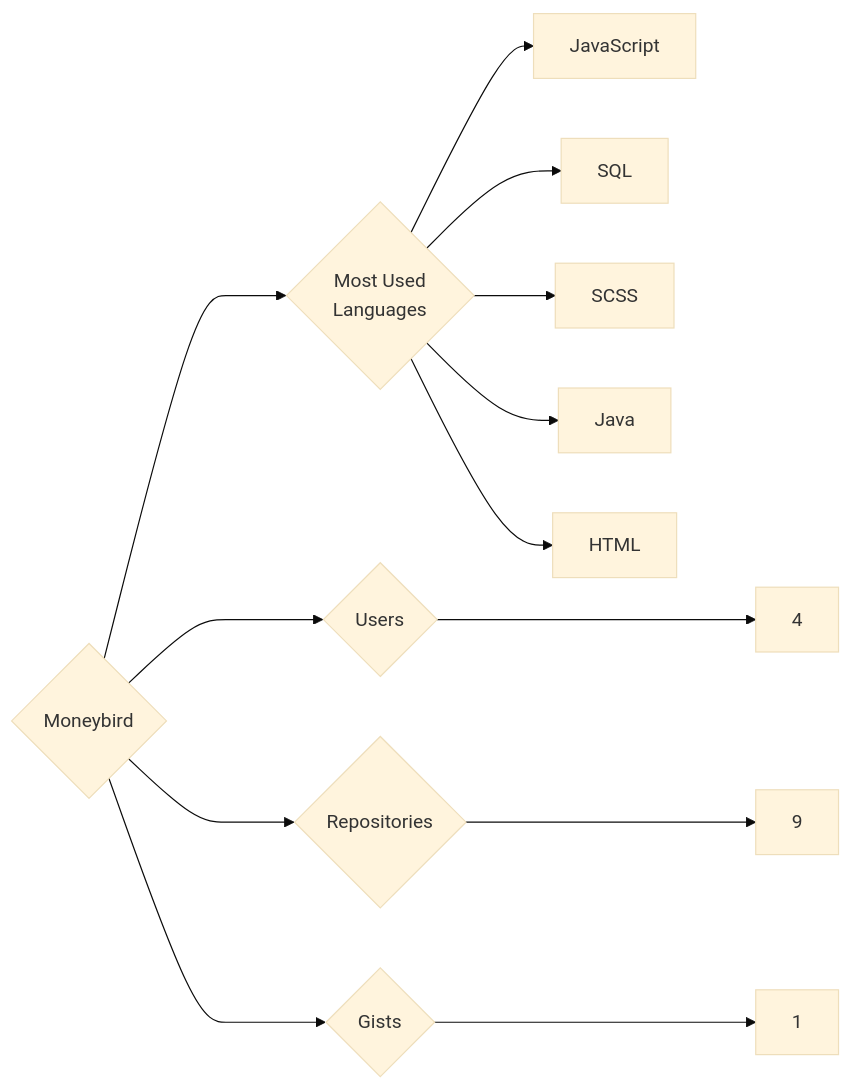
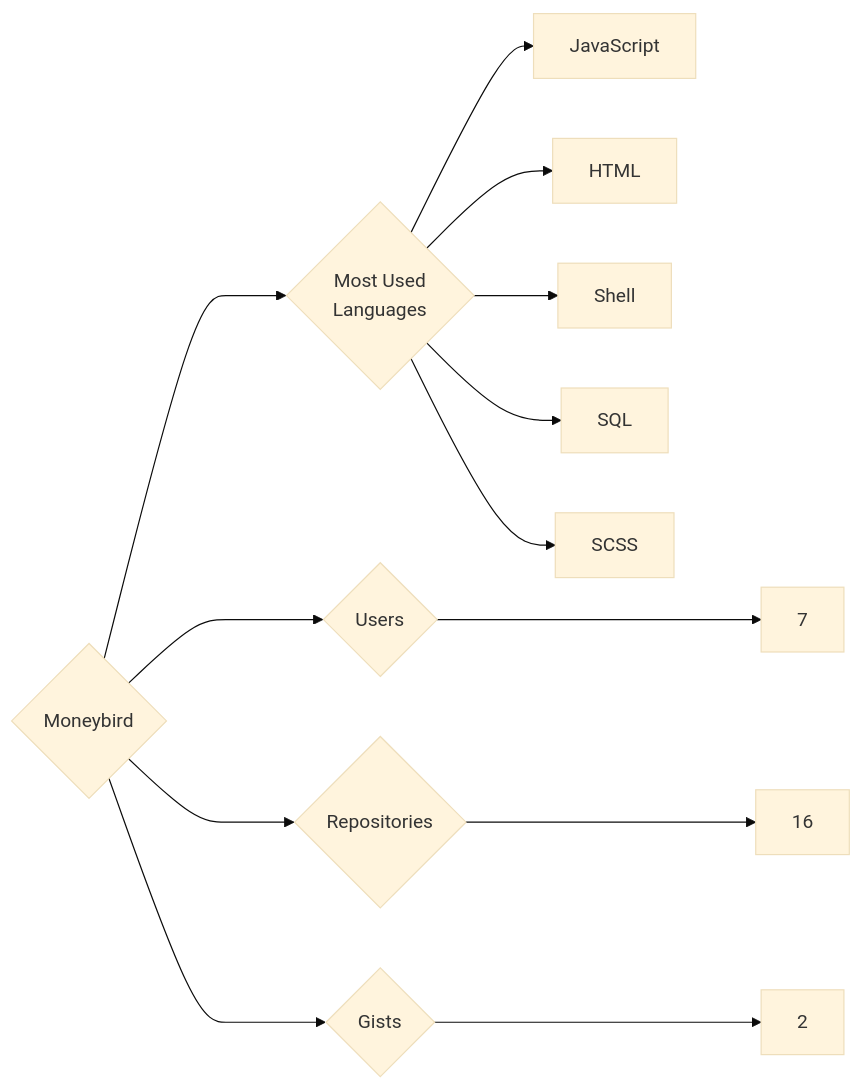
Before and after one commit to trickest/insiders: the diagram in targets/Moneybird/README.md, drawn with Mermaid (base theme). The commit also changed 955 other files, not shown here.

````diff
--- a/targets/Moneybird/README.md
+++ b/targets/Moneybird/README.md
@@ -3,13 +3,13 @@
 ```mermaid
 graph LR
 COMPANY_NAME{Moneybird}
-COMPANY_NAME ---> U{Users} ---> UN[4]
-COMPANY_NAME ---> R{Repositories} ---> RN[9]
-COMPANY_NAME ---> G{Gists} ---> GN[1]
+COMPANY_NAME ---> U{Users} ---> UN[7]
+COMPANY_NAME ---> R{Repositories} ---> RN[16]
+COMPANY_NAME ---> G{Gists} ---> GN[2]
 COMPANY_NAME ---> ML{Most Used<br>Languages}
 ML --> JavaScript[JavaScript]
+ML --> HTML[HTML]
+ML --> Shell[Shell]
 ML --> SQL[SQL]
 ML --> SCSS[SCSS]
-ML --> Java[Java]
-ML --> HTML[HTML]
 ```
````
